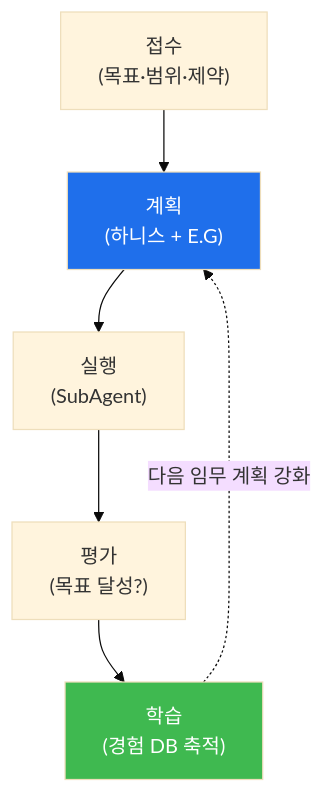
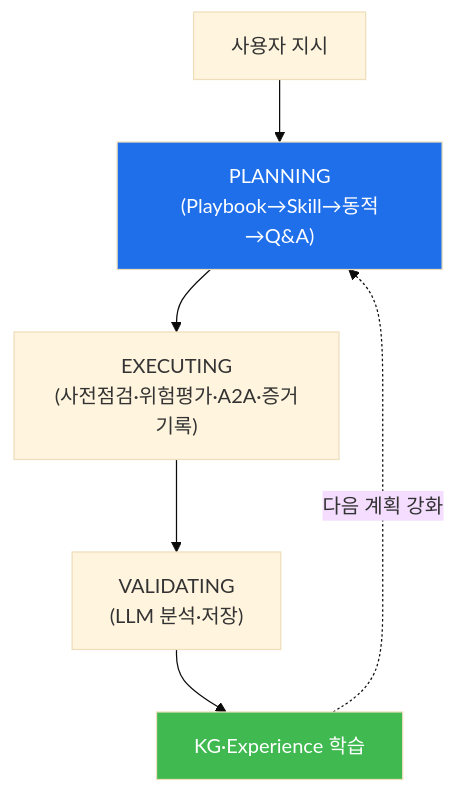
Before and after one commit to mrgrit/tw2: the diagram in contents/training/autonomous-security/lecture_week03.md, drawn with Mermaid (base theme). The commit also changed other lines of this file and 3 other files, not shown here.

````diff
--- a/contents/training/autonomous-security/lecture_week03.md
+++ b/contents/training/autonomous-security/lecture_week03.md
@@ -56,10 +58,10 @@
 ```mermaid
 graph TD
-    I["접수<br/>(목표·범위·제약)"] --> P["계획<br/>(하니스 + E.G)"]
-    P --> E["실행<br/>(SubAgent)"]
-    E --> V["평가<br/>(목표 달성?)"]
-    V --> L["학습<br/>(경험 DB 축적)"]
-    L -. "다음 임무 계획 강화" .-> P
+    I["사용자 지시"] --> P["PLANNING<br/>(Playbook→Skill→동적→Q&A)"]
+    P --> E["EXECUTING<br/>(사전점검·위험평가·A2A·증거기록)"]
+    E --> V["VALIDATING<br/>(LLM 분석·저장)"]
+    V --> K["KG·Experience 학습"]
+    K -. "다음 계획 강화" .-> P
     style P fill:#1f6feb,color:#fff
-    style L fill:#3fb950,color:#fff
+    style K fill:#3fb950,color:#fff
 ```
````
